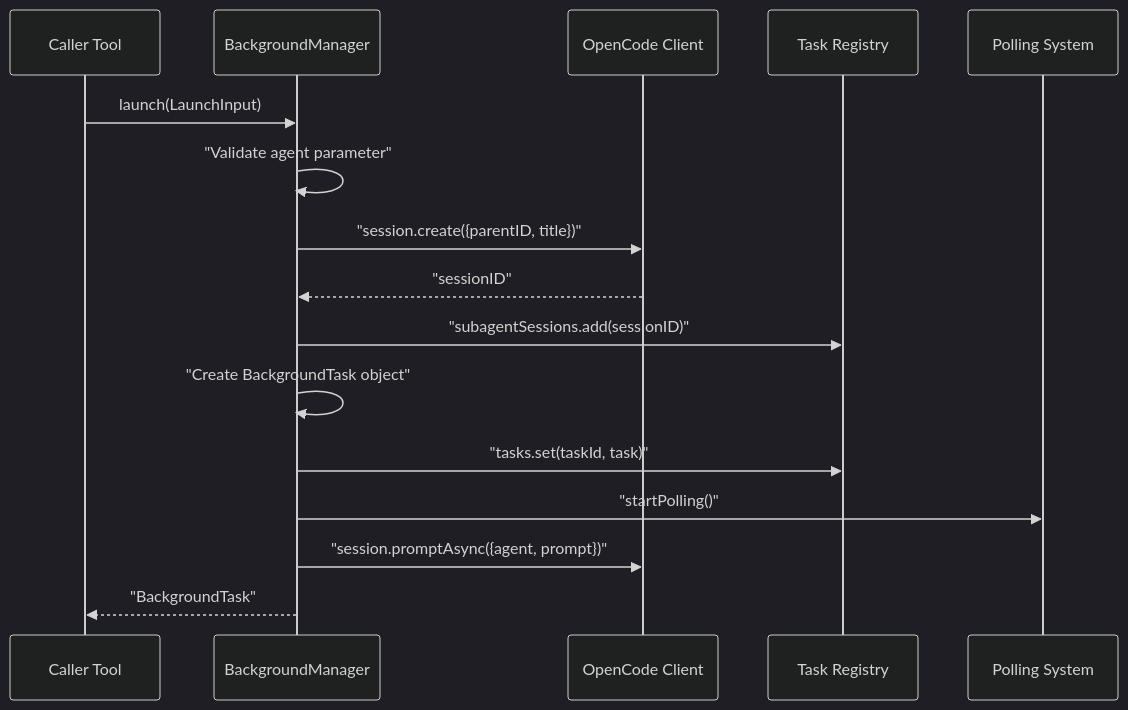
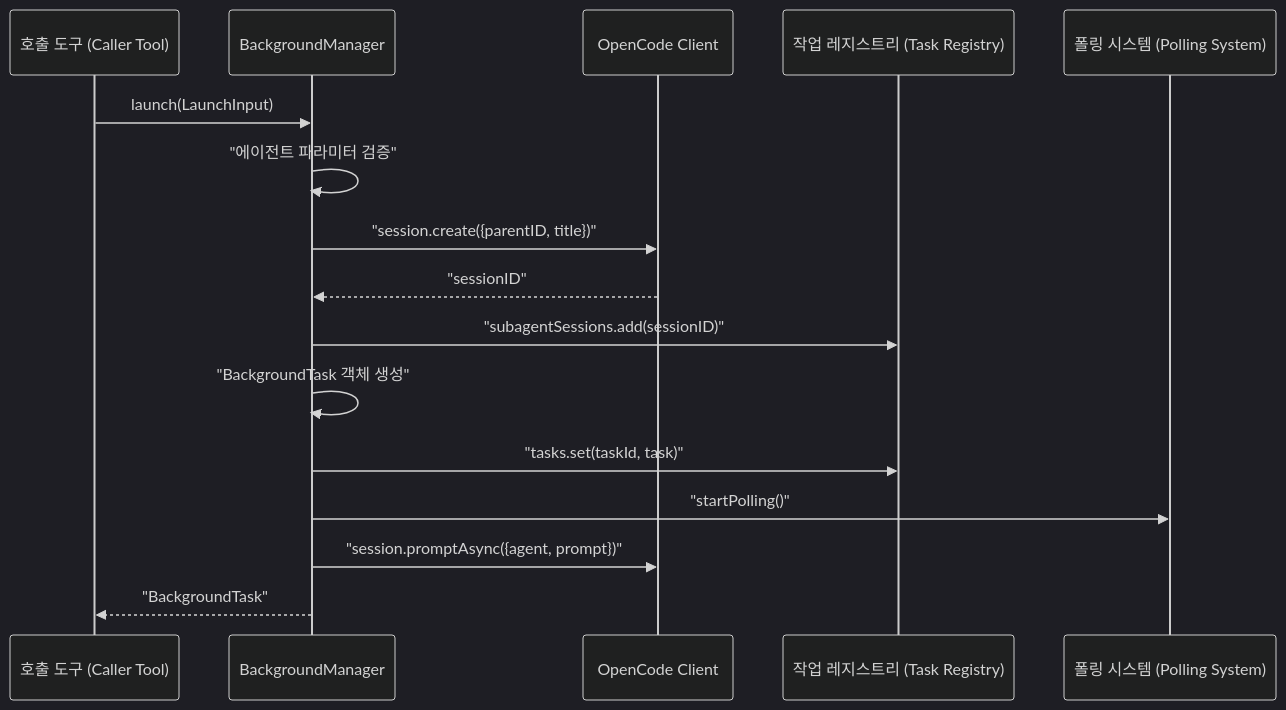
One commit to felipetruman/oh-my-opencode-docs changed the second of 8 diagrams in docs/background-execution/background-manager.md. Above: the diagram before and after it, drawn with Mermaid (dark theme). The commit also changed other lines of this file and 76 other files, not shown here.

````diff
--- a/docs/background-execution/background-manager.md
+++ b/docs/background-execution/background-manager.md
@@ -88,19 +88,19 @@
 ```mermaid
 sequenceDiagram
-  participant p1 as Caller Tool
+  participant p1 as 호출 도구 (Caller Tool)
   participant p2 as BackgroundManager
   participant p3 as OpenCode Client
-  participant p4 as Task Registry
-  participant p5 as Polling System
+  participant p4 as 작업 레지스트리 (Task Registry)
+  participant p5 as 폴링 시스템 (Polling System)
 
   p1->>p2: launch(LaunchInput)
-  p2->>p2: "Validate agent parameter"
+  p2->>p2: "에이전트 파라미터 검증"
   p2->>p3: "session.create({parentID, title})"
   p3-->>p2: "sessionID"
   p2->>p4: "subagentSessions.add(sessionID)"
-  p2->>p2: "Create BackgroundTask object"
+  p2->>p2: "BackgroundTask 객체 생성"
   p2->>p4: "tasks.set(taskId, task)"
   p2->>p5: "startPolling()"
   p2->>p3: "session.promptAsync({agent, prompt})"
   p2-->>p1: "BackgroundTask"
 ```
````
